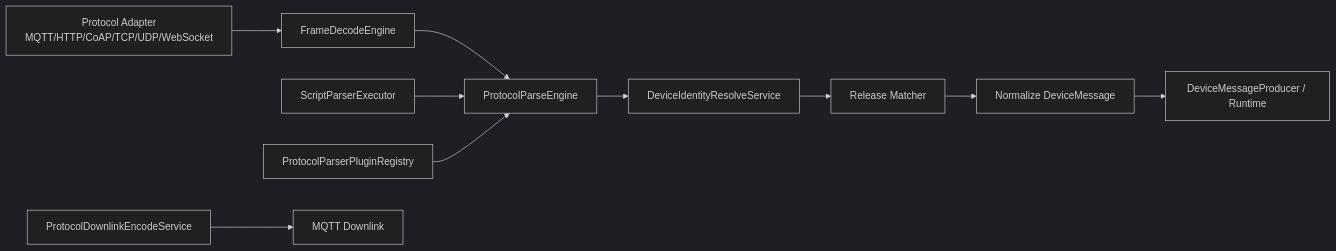
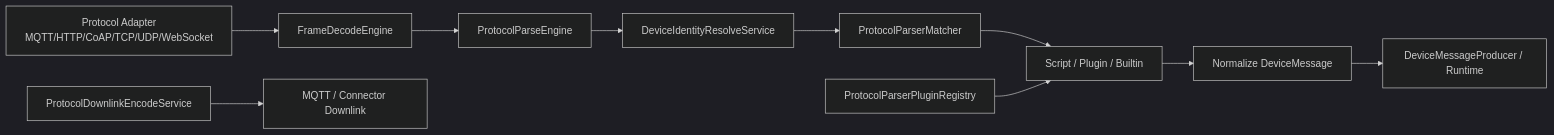
One commit to Sunhg2017/firefly-iot changed the diagram in docs/design/detailed-design-custom-protocol-parser.md. Above: the diagram before and after it, drawn with Mermaid (dark theme). The commit also changed other lines of this file and 4 other files, not shown here.

Commit message:
feat: optimize protocol parser business key workflow

````diff
--- a/docs/design/detailed-design-custom-protocol-parser.md
+++ b/docs/design/detailed-design-custom-protocol-parser.md
@@ -75,13 +134,13 @@
 ```mermaid
 flowchart LR
   A["Protocol Adapter<br/>MQTT/HTTP/CoAP/TCP/UDP/WebSocket"] --> B["FrameDecodeEngine"]
   B --> C["ProtocolParseEngine"]
   C --> D["DeviceIdentityResolveService"]
-  D --> E["Release Matcher"]
-  E --> F["Normalize DeviceMessage"]
-  F --> G["DeviceMessageProducer / Runtime"]
+  D --> E["ProtocolParserMatcher"]
+  E --> F["Script / Plugin / Builtin"]
+  F --> G["Normalize DeviceMessage"]
+  G --> H["DeviceMessageProducer / Runtime"]
 
-  H["ScriptParserExecutor"] --> C
-  I["ProtocolParserPluginRegistry"] --> C
-  J["ProtocolDownlinkEncodeService"] --> K["MQTT Downlink"]
+  I["ProtocolDownlinkEncodeService"] --> J["MQTT / Connector Downlink"]
+  K["ProtocolParserPluginRegistry"] --> F
 ```
````
